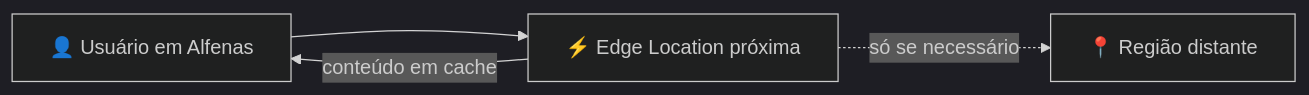
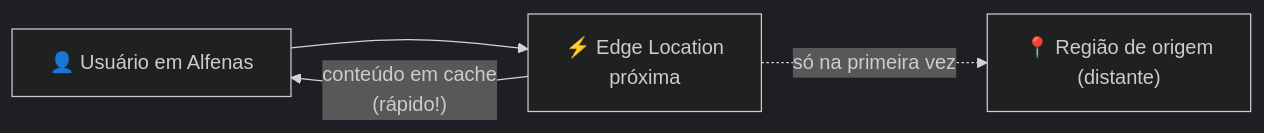
The second of 2 diagrams in certificacao-cloud/dominio-1-conceitos-de-nuvem/01-infraestrutura-global-da-aws.md (melissaalves-stack/awscloudfoundations), drawn with Mermaid (dark theme) before and after one commit. The commit also changed other lines of this file and 23 other files, not shown here.

````diff
--- a/certificacao-cloud/dominio-1-conceitos-de-nuvem/01-infraestrutura-global-da-aws.md
+++ b/certificacao-cloud/dominio-1-conceitos-de-nuvem/01-infraestrutura-global-da-aws.md
@@ -94,6 +111,6 @@
 ```mermaid
 flowchart LR
-    U["👤 Usuário em Alfenas"] --> E["⚡ Edge Location próxima"]
-    E -->|conteúdo em cache| U
-    E -.->|só se necessário| R["📍 Região distante"]
+    U["👤 Usuário em Alfenas"] --> E["⚡ Edge Location<br/>próxima"]
+    E -->|"conteúdo em cache<br/>(rápido!)"| U
+    E -.->|"só na primeira vez"| R["📍 Região de origem<br/>(distante)"]
 ```
````
